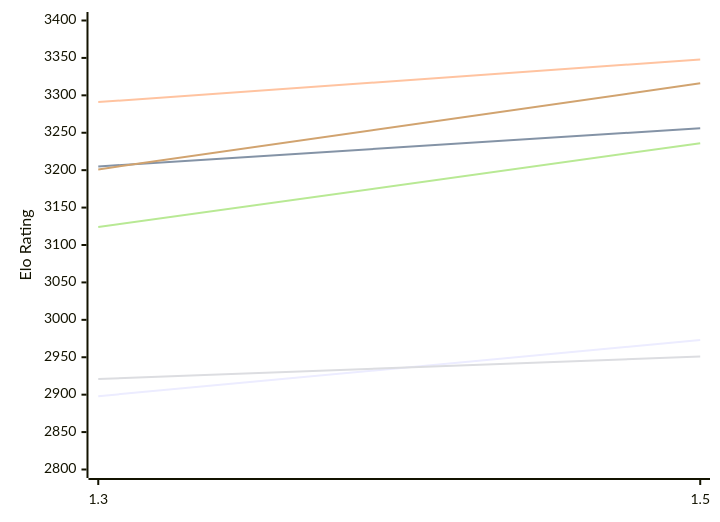
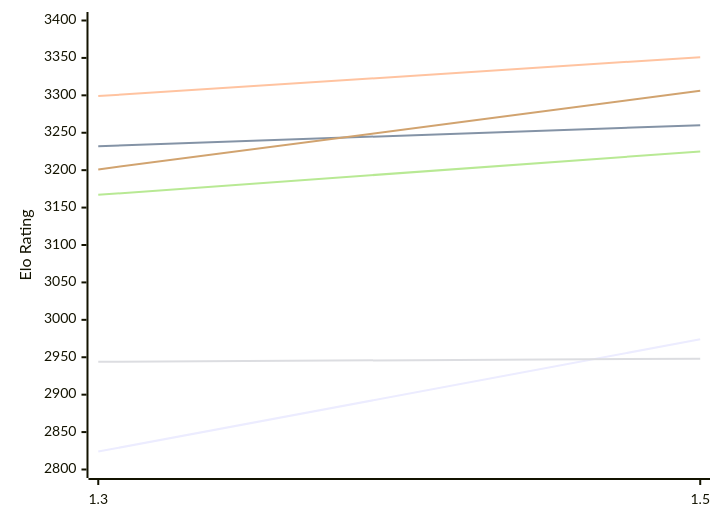
Before and after one commit to computer-chess-index/cci: the first of 2 diagrams in engines/Lambergar.md, drawn with Mermaid. The commit also changed other lines of this file, not shown here.

Commit message:
Update CCI Ratings (ELO VLTC) - 2026-11-15

````diff
--- a/engines/Lambergar.md
+++ b/engines/Lambergar.md
@@ -50,12 +50,12 @@
 ```mermaid
 %%{init: {"theme":"base","themeVariables":{"seriesColors:['#a3a3a3','#222221','#faa371']}}}%%
 xychart-beta
   x-axis ["1.3", "1.5"]
   y-axis "Elo Rating" 2800 --> 3400
-  line "E1: STC (8.0+0.08s)" [2898, 2973]
-  line "E1: LTC (60.0+0.60s)" [3205, 3256]
-  line "E1: VLTC (2m24s+1.12s)" [3291, 3348]
-  line "P1: STC (8.0+0.08s)" [2921, 2951]
-  line "P1: LTC (60.0+0.60s)" [3124, 3236]
-  line "P1: VLTC (2m24s+1.12s)" [3201, 3316]
+  line "E1: STC (8.0+0.08s)" [2824, 2974]
+  line "E1: LTC (60.0+0.60s)" [3232, 3260]
+  line "E1: VLTC (2m24s+1.12s)" [3299, 3351]
+  line "P1: STC (8.0+0.08s)" [2944, 2948]
+  line "P1: LTC (60.0+0.60s)" [3167, 3225]
+  line "P1: VLTC (2m24s+1.12s)" [3201, 3306]
 ```
````
